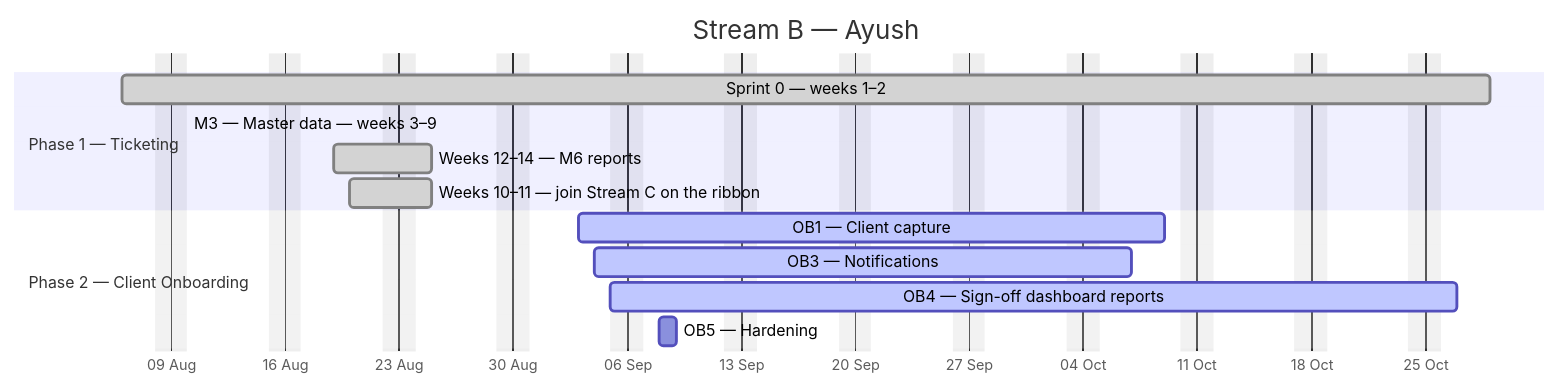
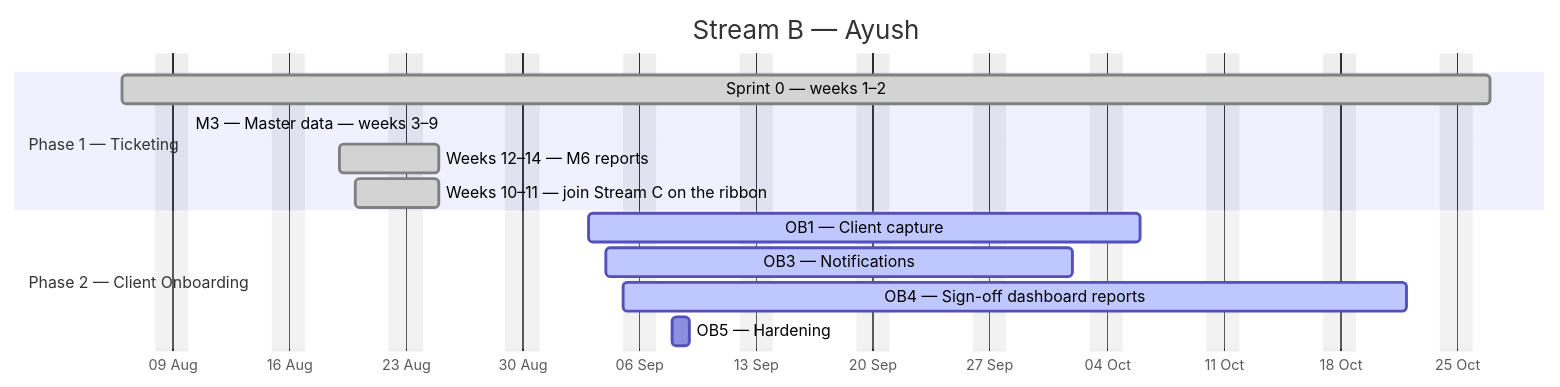
One commit to debashisedunext/EduTrack changed the second of 4 diagrams in docs/plan/GANTT.md. Above: the diagram before and after it, drawn with Mermaid. The commit also changed other lines of this file and 2 other files, not shown here.

````diff
--- a/docs/plan/GANTT.md
+++ b/docs/plan/GANTT.md
@@ -153,17 +148,17 @@
 ```mermaid
 gantt
     dateFormat YYYY-MM-DD
     axisFormat %d %b
     title Stream B — Ayush
     excludes weekends
     section Phase 1 — Ticketing
-    Sprint 0 — weeks 1–2 :done, b0, 2026-08-06, 60d
-    M3 — Master data — weeks 3–9 :done, b1, 2026-08-10, -47d
+    Sprint 0 — weeks 1–2 :done, b0, 2026-08-06, 58d
+    M3 — Master data — weeks 3–9 :done, b1, 2026-08-10, -45d
     Weeks 12–14 — M6 reports :done, b2, 2026-08-19, 4d
     Weeks 10–11 — join Stream C on the ribbon :done, b3, 2026-08-20, 3d
     section Phase 2 — Client Onboarding
-    OB1 — Client capture :active, b4, 2026-09-03, 26d
-    OB3 — Notifications :active, b5, 2026-09-04, 23d
-    OB4 — Sign-off  dashboard  reports :active, b6, 2026-09-05, 37d
+    OB1 — Client capture :active, b4, 2026-09-03, 23d
+    OB3 — Notifications :active, b5, 2026-09-04, 20d
+    OB4 — Sign-off  dashboard  reports :active, b6, 2026-09-05, 34d
     OB5 — Hardening :b7, 2026-09-08, 1d
 ```
````
